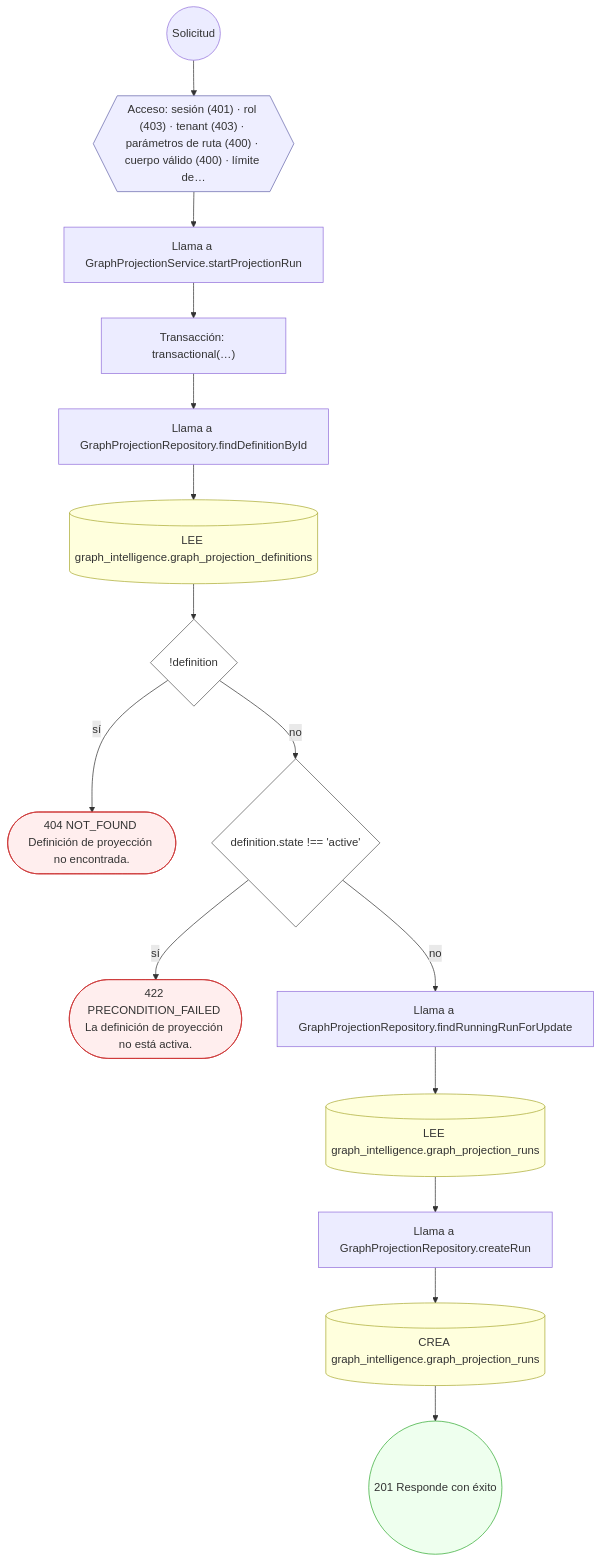
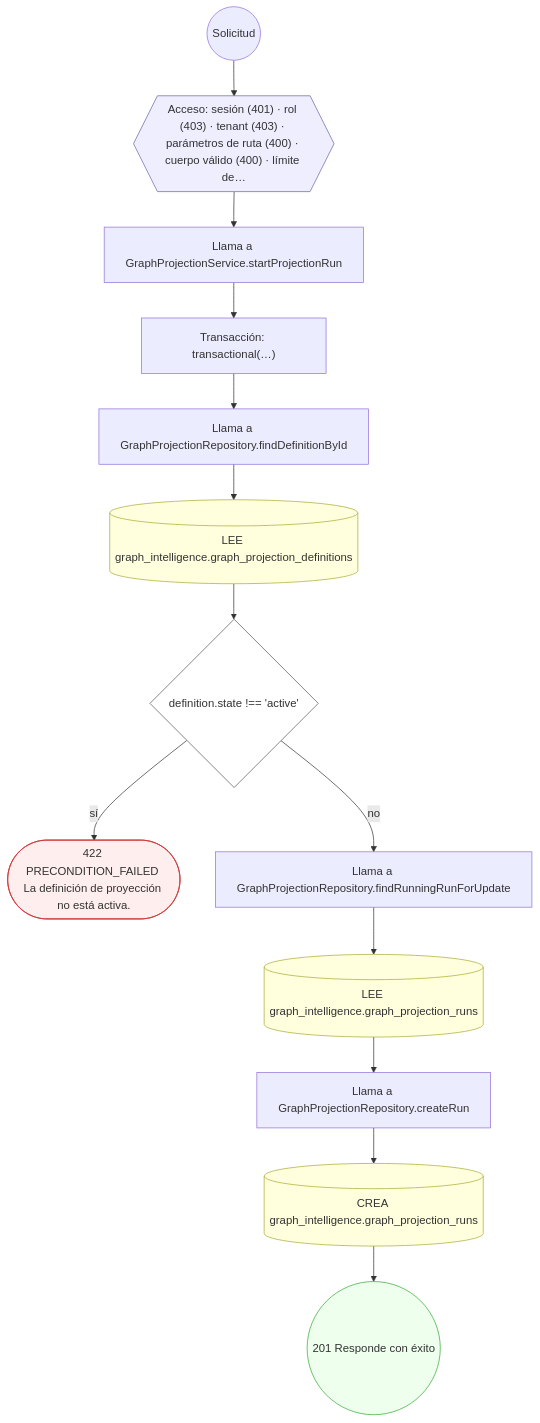
One commit to mdavila-2001/mantra-core-health-api changed the tenth of 17 diagrams in docs/inventario/flujos/graph_intelligence.md. Above: the diagram before and after it, drawn with Mermaid. The commit also changed other lines of this file and 438 other files, not shown here.

````diff
--- a/docs/inventario/flujos/graph_intelligence.md
+++ b/docs/inventario/flujos/graph_intelligence.md
@@ -955,38 +977,34 @@
 ```mermaid
 flowchart TD
   n1(("Solicitud")):::inicio
   n2{{"Acceso: sesión (401) · rol (403) · tenant (403) · parámetros de ruta (400) · cuerpo válido (400) · límite de…"}}:::acceso
   n1 --> n2
   n3["Llama a GraphProjectionService.startProjectionRun"]:::llamada
   n2 --> n3
   n4["Transacción: transactional(…)"]:::transaccion
   n3 --> n4
   n5["Llama a GraphProjectionRepository.findDefinitionById"]:::llamada
   n4 --> n5
   n6[("LEE graph_intelligence.graph_projection_definitions")]:::efecto
   n5 --> n6
-  n7{"!definition"}:::decision
+  n7{"definition.state !== 'active'"}:::decision
   n6 --> n7
-  n8(["404 NOT_FOUND Definición de proyección no encontrada."]):::error
+  n8(["422 PRECONDITION_FAILED La definición de proyección no está activa."]):::error
   n7 -->|"sí"| n8
-  n9{"definition.state !== 'active'"}:::decision
+  n9["Llama a GraphProjectionRepository.findRunningRunForUpdate"]:::llamada
   n7 -->|"no"| n9
-  n10(["422 PRECONDITION_FAILED La definición de proyección no está activa."]):::error
-  n9 -->|"sí"| n10
-  n11["Llama a GraphProjectionRepository.findRunningRunForUpdate"]:::llamada
-  n9 -->|"no"| n11
-  n12[("LEE graph_intelligence.graph_projection_runs")]:::efecto
+  n10[("LEE graph_intelligence.graph_projection_runs")]:::efecto
+  n9 --> n10
+  n11["Llama a GraphProjectionRepository.createRun"]:::llamada
+  n10 --> n11
+  n12[("CREA graph_intelligence.graph_projection_runs")]:::efecto
   n11 --> n12
-  n13["Llama a GraphProjectionRepository.createRun"]:::llamada
+  n13(("201 Responde con éxito")):::ok
   n12 --> n13
-  n14[("CREA graph_intelligence.graph_projection_runs")]:::efecto
-  n13 --> n14
-  n15(("201 Responde con éxito")):::ok
-  n14 --> n15
   classDef acceso fill:#eef,stroke:#66a
   classDef error fill:#fee,stroke:#c33
   classDef ok fill:#efe,stroke:#3a3
   classDef efecto fill:#ffd,stroke:#aa3
   classDef decision fill:#fff,stroke:#555
   classDef corte fill:#eee,stroke:#999,stroke-dasharray: 4
 ```
````
